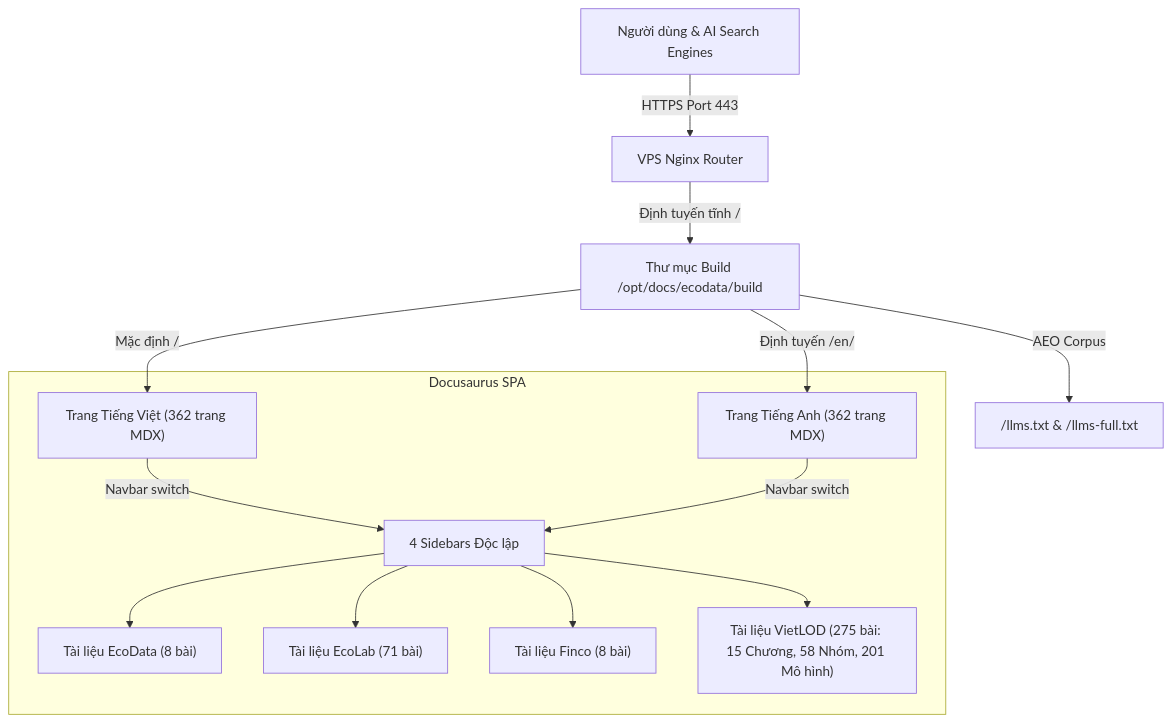
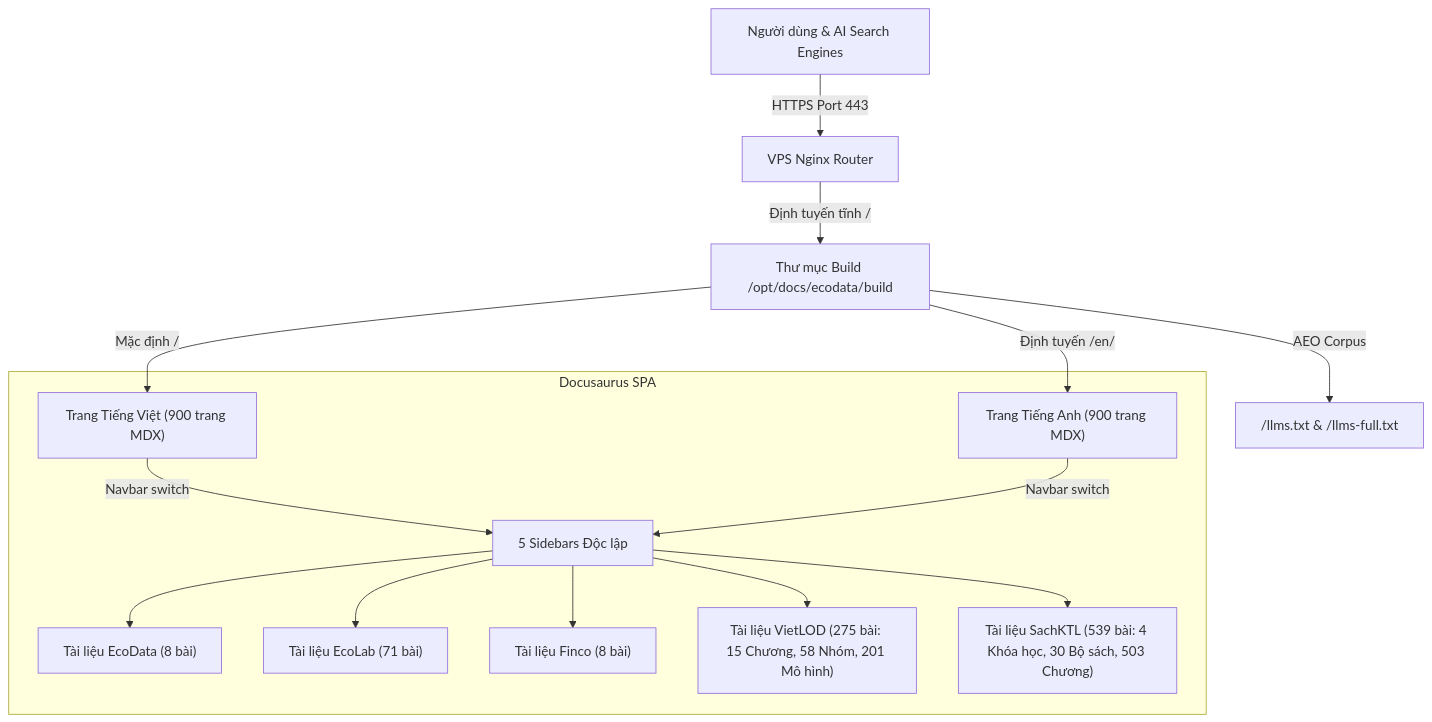
Before and after one commit to vietlod/docs: the diagram in readme/ai/architecture-map.md, drawn with Mermaid. The commit also changed other lines of this file and 1094 other files, not shown here.

Commit message:
Add SachKTL How-To User Guide (1,078 bilingual MDX pages across 30 textbooks, 503 chapters, and 4 courses)

````diff
--- a/readme/ai/architecture-map.md
+++ b/readme/ai/architecture-map.md
@@ -11,17 +11,18 @@
 ```mermaid
 graph TD
     User["Người dùng & AI Search Engines"] -->|HTTPS Port 443| Nginx["VPS Nginx Router"]
     Nginx -->|Định tuyến tĩnh /| Static["Thư mục Build /opt/docs/ecodata/build"]
-    Static -->|Mặc định /| VI["Trang Tiếng Việt (362 trang MDX)"]
-    Static -->|Định tuyến /en/| EN["Trang Tiếng Anh (362 trang MDX)"]
+    Static -->|Mặc định /| VI["Trang Tiếng Việt (900 trang MDX)"]
+    Static -->|Định tuyến /en/| EN["Trang Tiếng Anh (900 trang MDX)"]
     Static -->|AEO Corpus| LLMS["/llms.txt & /llms-full.txt"]
     
     subgraph Docusaurus SPA
-        VI -->|Navbar switch| Sidebars["4 Sidebars Độc lập"]
+        VI -->|Navbar switch| Sidebars["5 Sidebars Độc lập"]
         EN -->|Navbar switch| Sidebars
         Sidebars --> EcoData["Tài liệu EcoData (8 bài)"]
         Sidebars --> EcoLab["Tài liệu EcoLab (71 bài)"]
         Sidebars --> Finco["Tài liệu Finco (8 bài)"]
         Sidebars --> VietLOD["Tài liệu VietLOD (275 bài: 15 Chương, 58 Nhóm, 201 Mô hình)"]
+        Sidebars --> SachKTL["Tài liệu SachKTL (539 bài: 4 Khóa học, 30 Bộ sách, 503 Chương)"]
     end
 ```
````
